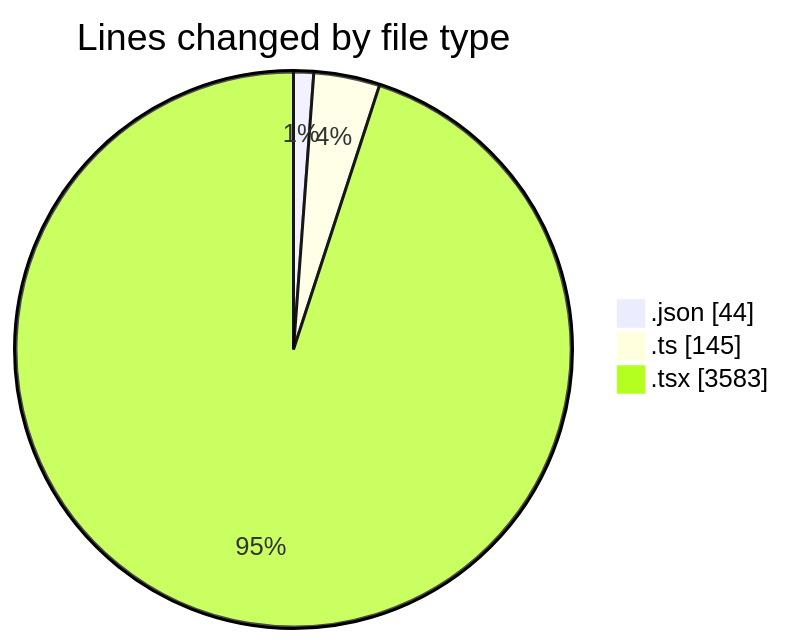
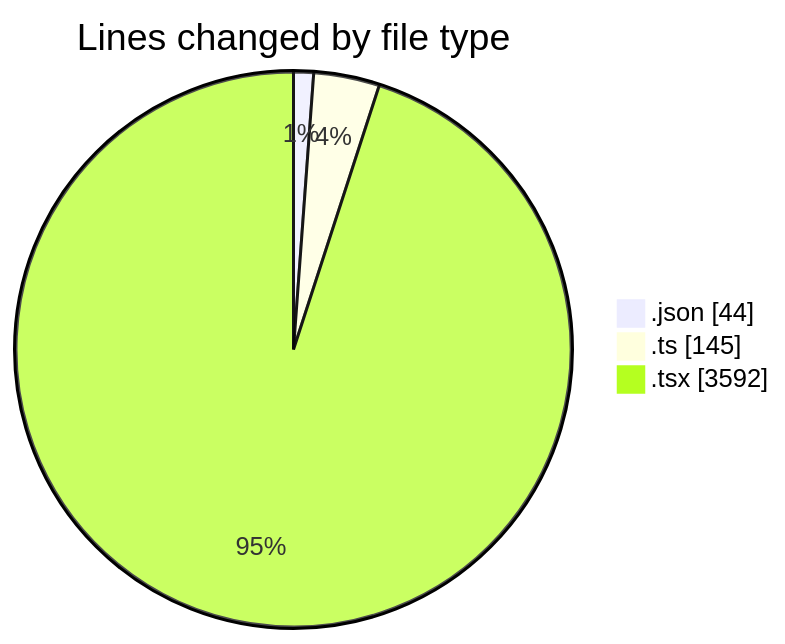
One commit to julien-gomy/code-tracking changed the first of 2 diagrams in 2025-10-24/eventscop-frontend-guide__workspace_/README.md. Above: the diagram before and after it, drawn with Mermaid. The commit also changed other lines of this file and 1 other file, not shown here.

````diff
--- a/2025-10-24/eventscop-frontend-guide__workspace_/README.md
+++ b/2025-10-24/eventscop-frontend-guide__workspace_/README.md
@@ -36,7 +36,7 @@
 ```mermaid
 pie showData
 title Lines changed by file type
 ".json" : 44
 ".ts" : 145
-".tsx" : 3583
+".tsx" : 3592
 ```
````
